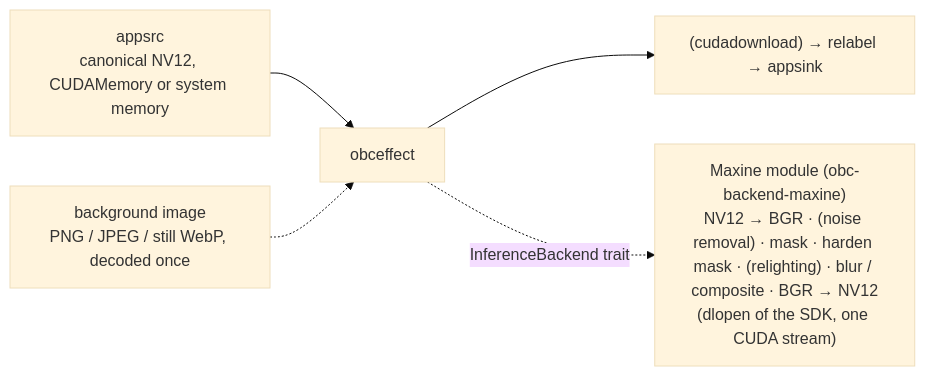
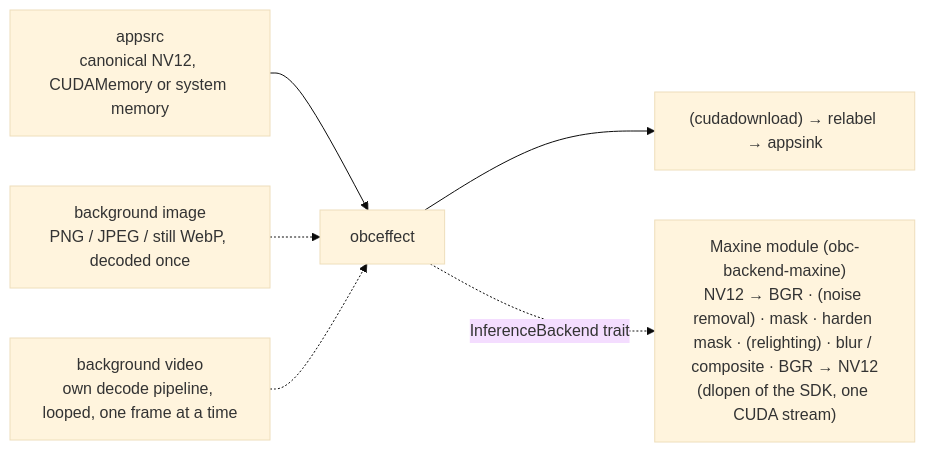
One commit to rsd/omarchy-broadcast changed the fourth of 8 diagrams in docs/architecture.md. Above: the diagram before and after it, drawn with Mermaid (base theme). The commit also changed other lines of this file and 87 other files, not shown here.

````diff
--- a/docs/architecture.md
+++ b/docs/architecture.md
@@ -232,7 +232,8 @@
 ```mermaid
 flowchart LR
     SRC["appsrc<br/>canonical NV12, CUDAMemory or system memory"] --> FX["obceffect"]
     FX --> DL["(cudadownload) → relabel → appsink"]
     FX -. "InferenceBackend trait" .-> BE["Maxine module (obc-backend-maxine)<br/>NV12 → BGR · (noise removal) · mask · harden mask · (relighting) · blur / composite · BGR → NV12<br/>(dlopen of the SDK, one CUDA stream)"]
     BG["background image<br/>PNG / JPEG / still WebP, decoded once"] -.-> FX
+    VB["background video<br/>own decode pipeline, looped, one frame at a time"] -.-> FX
 ```
````
